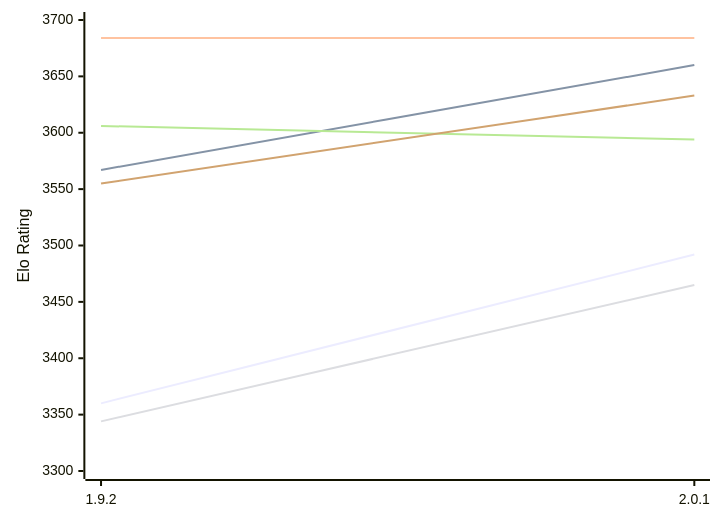
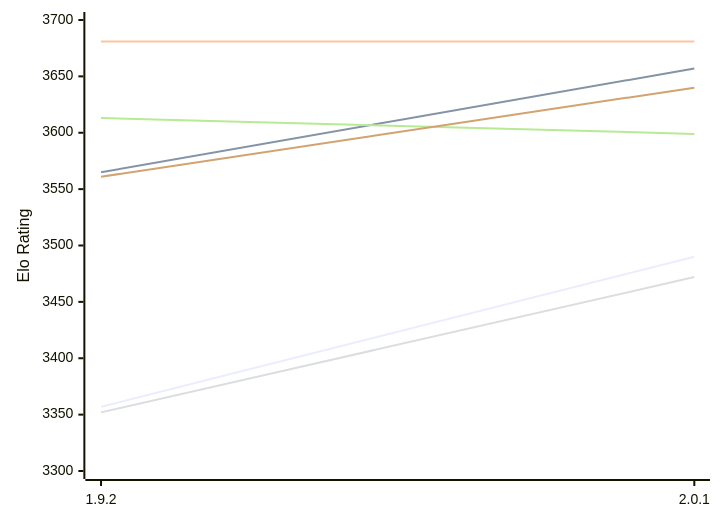
The first of 2 diagrams in engines/Pawnocchio.md (computer-chess-index/cci), drawn with Mermaid before and after one commit. The commit also changed other lines of this file, not shown here.

Commit message:
Update CCI Ratings (ELO VLTC) - 2026-11-23

````diff
--- a/engines/Pawnocchio.md
+++ b/engines/Pawnocchio.md
@@ -52,12 +52,12 @@
 ```mermaid
 %%{init: {"theme":"base","themeVariables":{"seriesColors:['#a3a3a3','#222221','#faa371']}}}%%
 xychart-beta
   x-axis ["1.9.2", "2.0.1"]
   y-axis "Elo Rating" 3300 --> 3700
-  line "E1: STC (8.0+0.08s)" [3360, 3492]
-  line "E1: LTC (60.0+0.60s)" [3567, 3660]
-  line "E1: VLTC (2m24s+1.12s)" [3684, 3684]
-  line "P1: STC (8.0+0.08s)" [3344, 3465]
-  line "P1: LTC (60.0+0.60s)" [3606, 3594]
-  line "P1: VLTC (2m24s+1.12s)" [3555, 3633]
+  line "E1: STC (8.0+0.08s)" [3357, 3490]
+  line "E1: LTC (60.0+0.60s)" [3565, 3657]
+  line "E1: VLTC (2m24s+1.12s)" [3681, 3681]
+  line "P1: STC (8.0+0.08s)" [3352, 3472]
+  line "P1: LTC (60.0+0.60s)" [3613, 3599]
+  line "P1: VLTC (2m24s+1.12s)" [3561, 3640]
 ```
````
